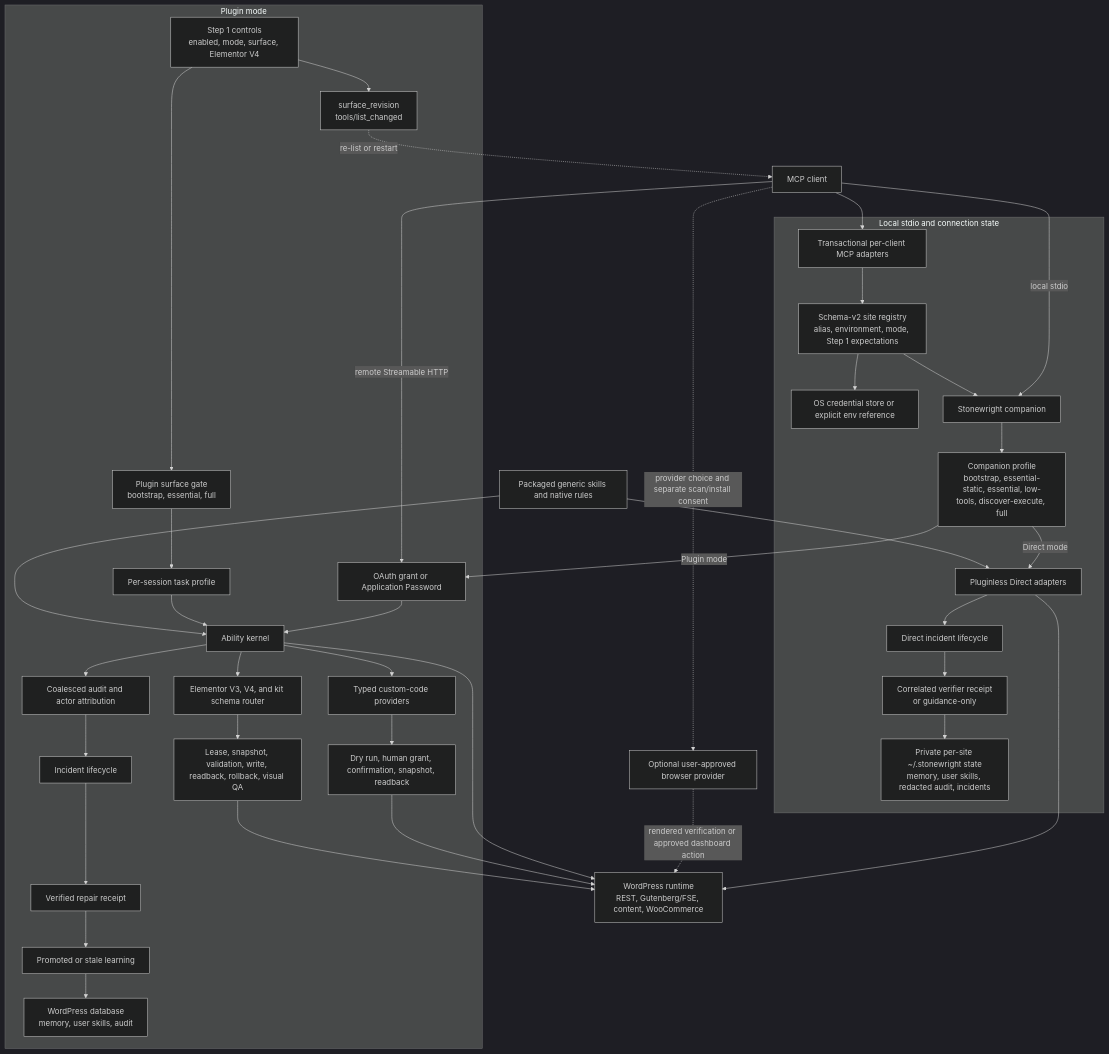
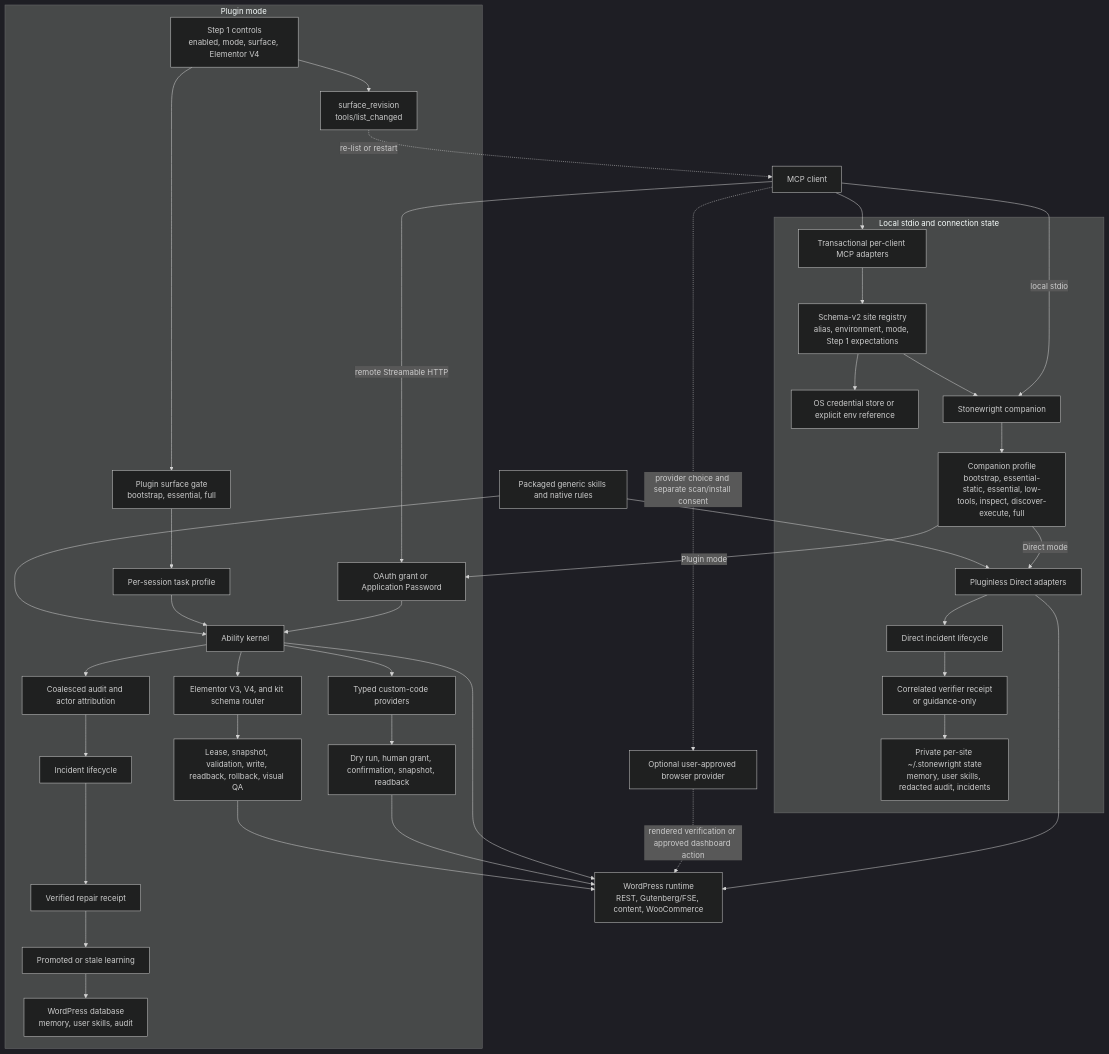
The diagram in docs/architecture.md (cosmincraciun97/stonewright-wp-mcp), drawn with Mermaid (dark theme) before and after one commit. The commit also changed other lines of this file and 36 other files, not shown here.

First line of the commit message:
feat: name the active direction at connect, add routing hints and the inspect profile

````diff
--- a/docs/architecture.md
+++ b/docs/architecture.md
@@ -33,59 +33,59 @@
 ```mermaid
 flowchart TD
     Client["MCP client"]
     Browser["Optional user-approved browser provider"]
 
     subgraph Local["Local stdio and connection state"]
         ClientConfig["Transactional per-client MCP adapters"]
         Registry["Schema-v2 site registry<br/>alias, environment, mode, Step 1 expectations"]
         Credentials["OS credential store or explicit env reference"]
         Companion["Stonewright companion"]
-        CompanionProfile["Companion profile<br/>bootstrap, essential-static, essential, low-tools, discover-execute, full"]
+        CompanionProfile["Companion profile<br/>bootstrap, essential-static, essential, low-tools, inspect, discover-execute, full"]
         Direct["Pluginless Direct adapters"]
         DirectState["Private per-site ~/.stonewright state<br/>memory, user skills, redacted audit, incidents"]
         DirectIncidents["Direct incident lifecycle"]
         DirectReceipt["Correlated verifier receipt<br/>or guidance-only"]
     end
 
     subgraph PluginMode["Plugin mode"]
         Auth["OAuth grant or Application Password"]
         Step1["Step 1 controls<br/>enabled, mode, surface, Elementor V4"]
         Surface["Plugin surface gate<br/>bootstrap, essential, full"]
         Session["Per-session task profile"]
         Revision["surface_revision<br/>tools/list_changed"]
         Plugin["Ability kernel"]
         Code["Typed custom-code providers"]
         Approval["Dry run, human grant, confirmation, snapshot, readback"]
         Elementor["Elementor V3, V4, and kit schema router"]
         Closure["Lease, snapshot, validation, write, readback, rollback, visual QA"]
         Audit["Coalesced audit and actor attribution"]
         Incidents["Incident lifecycle"]
         RepairReceipt["Verified repair receipt"]
         Learning["Promoted or stale learning"]
         PluginState["WordPress database<br/>memory, user skills, audit"]
     end
 
     WordPress["WordPress runtime<br/>REST, Gutenberg/FSE, content, WooCommerce"]
     Builtins["Packaged generic skills and native rules"]
 
     Client -->|"local stdio"| Companion
     Client -->|"remote Streamable HTTP"| Auth
     Client --> ClientConfig
     ClientConfig --> Registry --> Credentials
     Registry --> Companion --> CompanionProfile
     CompanionProfile -->|"Plugin mode"| Auth
     CompanionProfile -->|"Direct mode"| Direct
     Direct --> WordPress
     Direct --> DirectIncidents --> DirectReceipt --> DirectState
     Auth --> Plugin
     Step1 --> Surface --> Session --> Plugin
     Step1 --> Revision -. "re-list or restart" .-> Client
     Plugin --> WordPress
     Plugin --> Code --> Approval --> WordPress
     Plugin --> Elementor --> Closure --> WordPress
     Plugin --> Audit --> Incidents --> RepairReceipt --> Learning --> PluginState
     Builtins --> Plugin
     Builtins --> Direct
     Client -. "provider choice and separate scan/install consent" .-> Browser
     Browser -. "rendered verification or approved dashboard action" .-> WordPress
 ```
````
